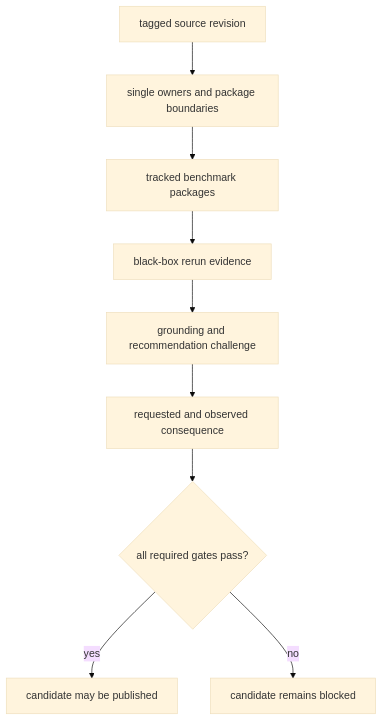
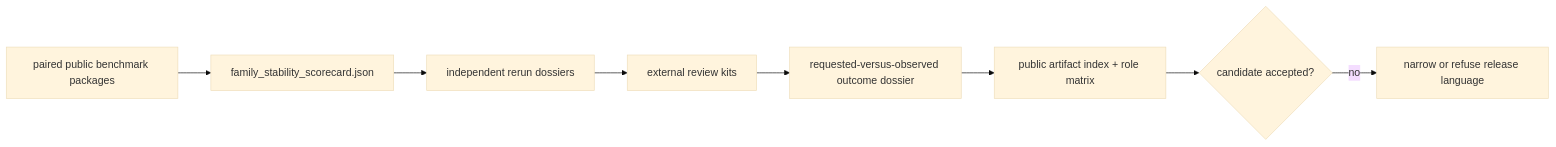
The diagram in docs/01-bijux-proteomics/foundation/flagship-release-candidate.md (bijux/bijux-proteomics), drawn with Mermaid (base theme) before and after one commit. The commit also changed other lines of this file and 3 other files, not shown here.

````diff
--- a/docs/01-bijux-proteomics/foundation/flagship-release-candidate.md
+++ b/docs/01-bijux-proteomics/foundation/flagship-release-candidate.md
@@ -31,16 +31,10 @@
 ```mermaid
-flowchart TB
-    source["tagged source revision"]
-    ownership["single owners and package boundaries"]
-    benchmark["tracked benchmark packages"]
-    runtime["black-box rerun evidence"]
-    review["grounding and recommendation challenge"]
-    consequence["requested and observed consequence"]
-    release{"all required gates pass?"}
-    publish["candidate may be published"]
-    refuse["candidate remains blocked"]
-
-    source --> ownership --> benchmark --> runtime --> review --> consequence --> release
-    release -->|yes| publish
-    release -->|no| refuse
+flowchart LR
+    roots["paired public benchmark packages"] --> stability["family_stability_scorecard.json"]
+    stability --> rerun["independent rerun dossiers"]
+    rerun --> review["external review kits"]
+    review --> consequence["requested-versus-observed outcome dossier"]
+    consequence --> index["public artifact index + role matrix"]
+    index --> decision{"candidate accepted?"}
+    decision -->|no| refusal["narrow or refuse release language"]
 ```
````
